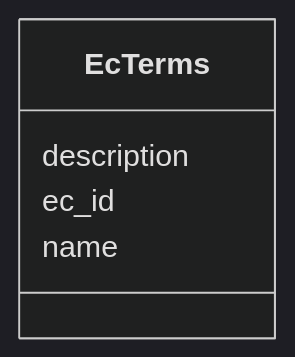
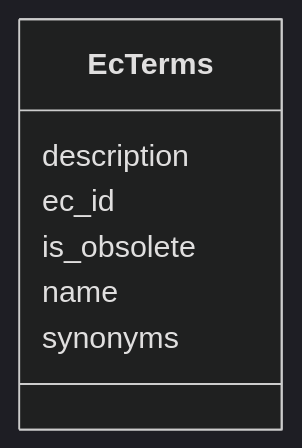
Before and after one commit to cmungall/bridge-schemas: the diagram in docs/kbase/nmdc_core/EcTerms.md, drawn with Mermaid (dark theme). The commit also changed other lines of this file and 1727 other files, not shown here.

````diff
--- a/docs/kbase/nmdc_core/EcTerms.md
+++ b/docs/kbase/nmdc_core/EcTerms.md
@@ -18,12 +24,16 @@
 ```mermaid
  classDiagram
     class EcTerms
     click EcTerms href "../EcTerms/"
       EcTerms : description
         
       EcTerms : ec_id
         
+      EcTerms : is_obsolete
+        
       EcTerms : name
+        
+      EcTerms : synonyms
         
       
 ```
````
